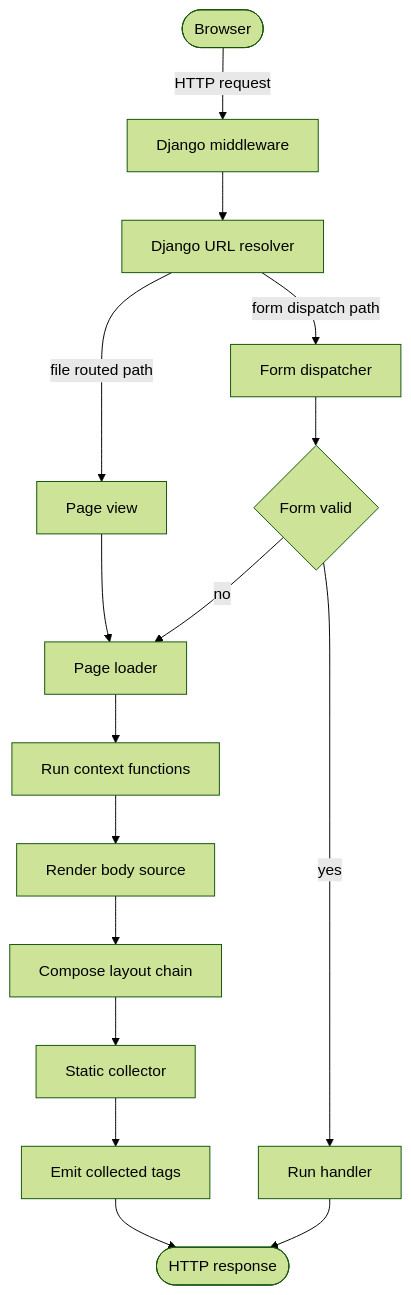
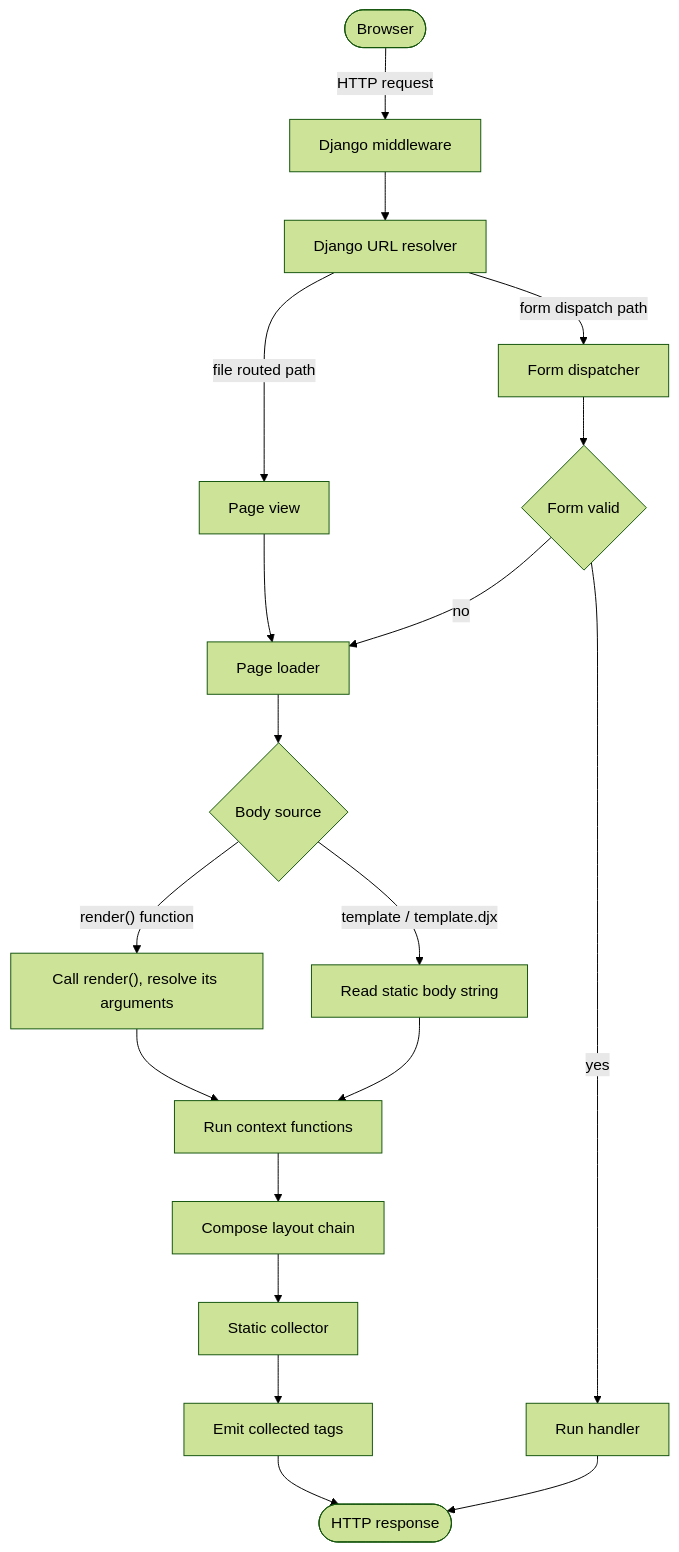
One commit to next-dj/next-dj changed the diagram in docs/content/internals/request-lifecycle.rst. Above: the diagram before and after it, drawn with Mermaid (forest theme). The commit also changed other lines of this file and 104 other files, not shown here.

```diff
--- a/docs/content/internals/request-lifecycle.rst
+++ b/docs/content/internals/request-lifecycle.rst
@@ -22,18 +22,21 @@
 .. mermaid::
 
    flowchart TB
        Browser(["Browser"]) -- HTTP request --> Django["Django middleware"]
        Django --> Resolver["Django URL resolver"]
        Resolver -- form dispatch path --> FormDispatch["Form dispatcher"]
        Resolver -- file routed path --> PageView["Page view"]
        PageView --> Loader["Page loader"]
-       Loader --> ContextCtx["Run context functions"]
-       ContextCtx --> RenderBody["Render body source"]
-       RenderBody --> LayoutChain["Compose layout chain"]
+       Loader --> BodySource{"Body source"}
+       BodySource -- "render() function" --> RenderFn["Call render(), resolve its arguments"]
+       BodySource -- "template / template.djx" --> StaticBody["Read static body string"]
+       RenderFn --> ContextCtx["Run context functions"]
+       StaticBody --> ContextCtx
+       ContextCtx --> LayoutChain["Compose layout chain"]
        LayoutChain --> CollectAssets["Static collector"]
        CollectAssets --> InjectTags["Emit collected tags"]
        InjectTags --> Response(["HTTP response"])
        FormDispatch --> Validation{"Form valid"}
        Validation -- yes --> Handler["Run handler"]
        Handler --> Response
        Validation -- no --> Loader
```
